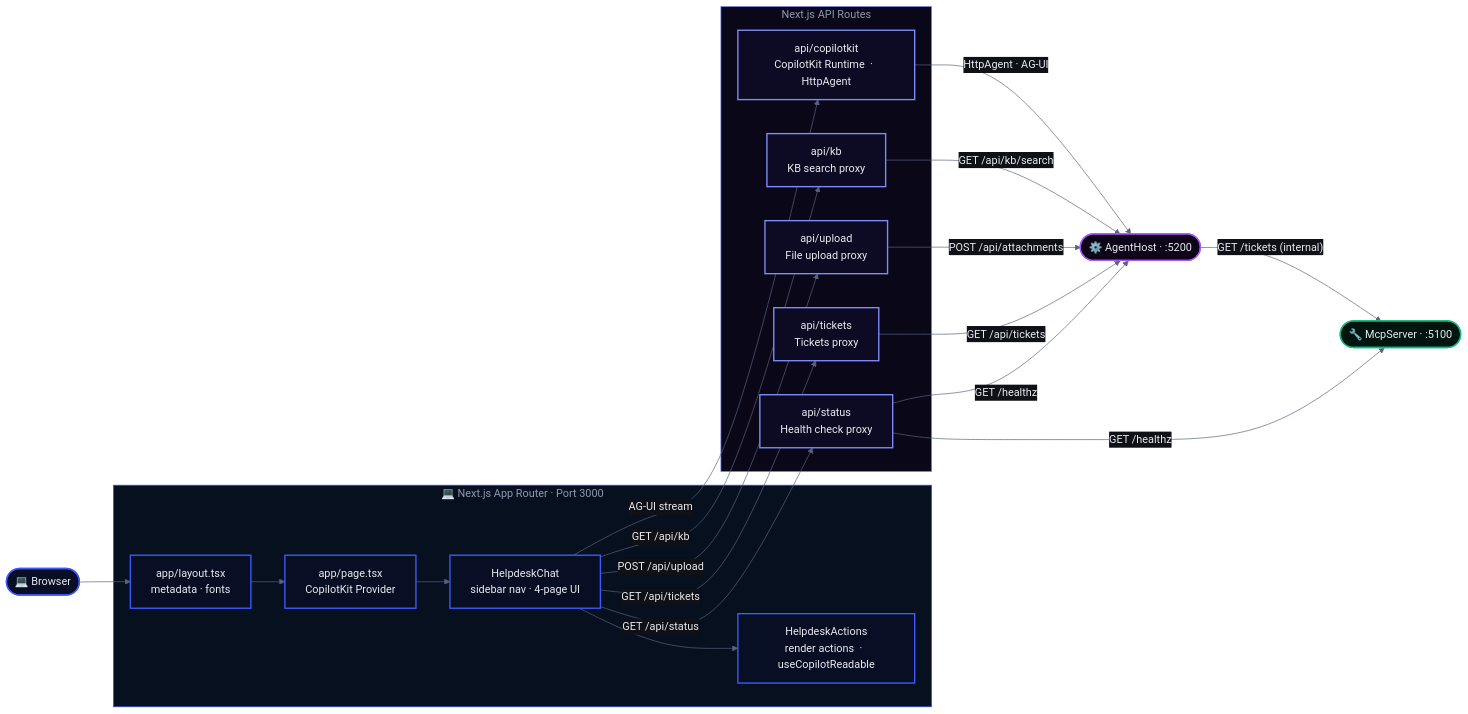
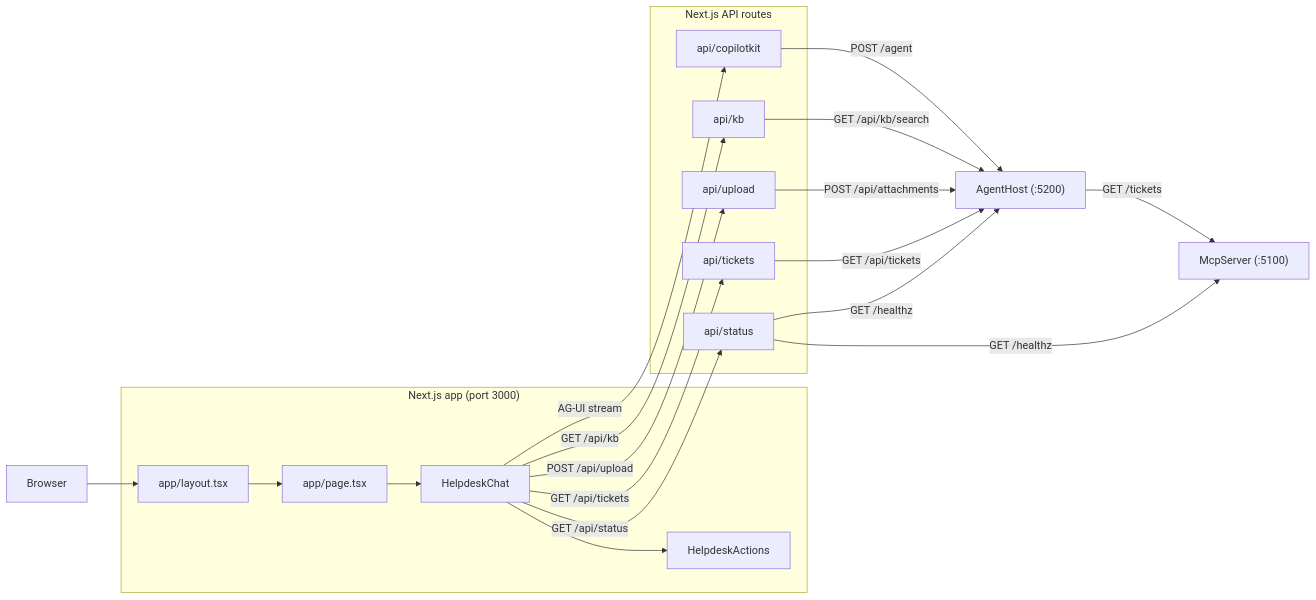
One commit to sreyanchoudhury/HelpdeskAI.CSharp changed the diagram in src/HelpdeskAI.Frontend/README.md. Above: the diagram before and after it, drawn with Mermaid. The commit also changed other lines of this file and 3 other files, not shown here.

Commit message:
docs: simplify mermaid diagrams for github rendering

````diff
--- a/src/HelpdeskAI.Frontend/README.md
+++ b/src/HelpdeskAI.Frontend/README.md
@@ -104,47 +106,37 @@
 ```mermaid
-%%{init: {"theme": "base", "themeVariables": {"primaryColor": "#151820", "primaryTextColor": "#e8eaf0", "primaryBorderColor": "#3d5afe", "lineColor": "#5a6280", "secondaryColor": "#0f1117", "tertiaryColor": "#0a0b0f", "clusterBkg": "#0f1117", "titleColor": "#9098b0", "edgeLabelBackground": "#0f1117", "fontFamily": "system-ui, -apple-system, sans-serif"}}}%%
 flowchart LR
-    classDef ui      fill:#080f24,stroke:#3d5afe,color:#e8eaf0,stroke-width:2px
-    classDef api     fill:#0d0a24,stroke:#818cf8,color:#e8eaf0,stroke-width:2px
-    classDef backend fill:#0e0518,stroke:#a855f7,color:#e8eaf0,stroke-width:2px
-    classDef mcpsrv  fill:#011510,stroke:#10b981,color:#e8eaf0,stroke-width:2px
+    USER["Browser"]
 
-    USER(["💻  Browser"]):::ui
-
-    subgraph APP["💻  Next.js App Router  ·  Port 3000"]
-        LAYOUT["app/layout.tsx<br/>metadata  ·  fonts"]:::ui
-        PAGE["app/page.tsx<br/>CopilotKit Provider"]:::ui
-        CHAT["HelpdeskChat<br/>sidebar nav  ·  4-page UI"]:::ui
-        ACTIONS["HelpdeskActions<br/>render actions  ·  useCopilotReadable"]:::ui
+    subgraph APP["Next.js app (port 3000)"]
+        LAYOUT["app/layout.tsx"]
+        PAGE["app/page.tsx"]
+        CHAT["HelpdeskChat"]
+        ACTIONS["HelpdeskActions"]
     end
 
-    subgraph ROUTES["  Next.js API Routes"]
-        CK["api/copilotkit<br/>CopilotKit Runtime  ·  HttpAgent"]:::api
-        KB["api/kb<br/>KB search proxy"]:::api
-        TK["api/tickets<br/>Tickets proxy"]:::api
-        STRT["api/status<br/>Health check proxy"]:::api
-        UL["api/upload<br/>File upload proxy"]:::api
+    subgraph ROUTES["Next.js API routes"]
+        CK["api/copilotkit"]
+        KB["api/kb"]
+        TK["api/tickets"]
+        STRT["api/status"]
+        UL["api/upload"]
     end
 
-    AH(["⚙️  AgentHost  ·  :5200"]):::backend
-    MS(["🔧  McpServer  ·  :5100"]):::mcpsrv
-
-    style APP    fill:#06101e,stroke:#3d5afe,color:#9098b0
-    style ROUTES fill:#090718,stroke:#818cf8,color:#9098b0
+    AH["AgentHost (:5200)"]
+    MS["McpServer (:5100)"]
 
     USER --> LAYOUT --> PAGE --> CHAT --> ACTIONS
+    CHAT -->|AG-UI stream| CK
+    CHAT -->|GET /api/kb| KB
+    CHAT -->|GET /api/tickets| TK
+    CHAT -->|GET /api/status| STRT
+    CHAT -->|POST /api/upload| UL
 
-    CHAT -- "AG-UI stream"     --> CK
-    CHAT -- "GET /api/kb"      --> KB
-    CHAT -- "GET /api/tickets" --> TK
-    CHAT -- "GET /api/status"  --> STRT
-    CHAT -- "POST /api/upload" --> UL
-
-    CK   -- "HttpAgent  ·  AG-UI"   --> AH
-    KB   -- "GET /api/kb/search"    --> AH
-    UL   -- "POST /api/attachments" --> AH
-    TK   -- "GET /api/tickets"      --> AH
-    AH   -- "GET /tickets (internal)" --> MS
-    STRT -- "GET /healthz"          --> AH
-    STRT -- "GET /healthz"          --> MS
+    CK -->|POST /agent| AH
+    KB -->|GET /api/kb/search| AH
+    UL -->|POST /api/attachments| AH
+    TK -->|GET /api/tickets| AH
+    AH -->|GET /tickets| MS
+    STRT -->|GET /healthz| AH
+    STRT -->|GET /healthz| MS
 ```
````
